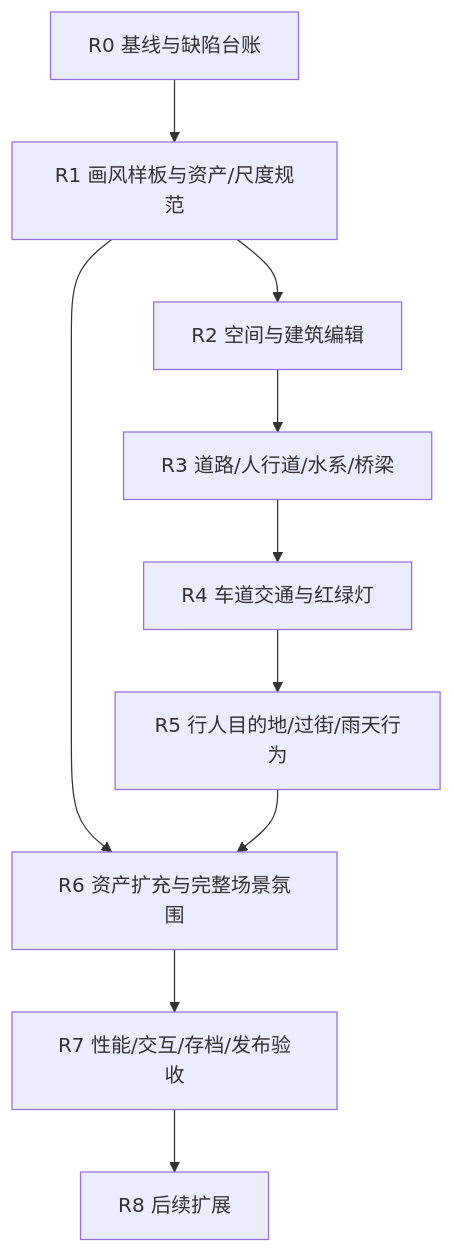
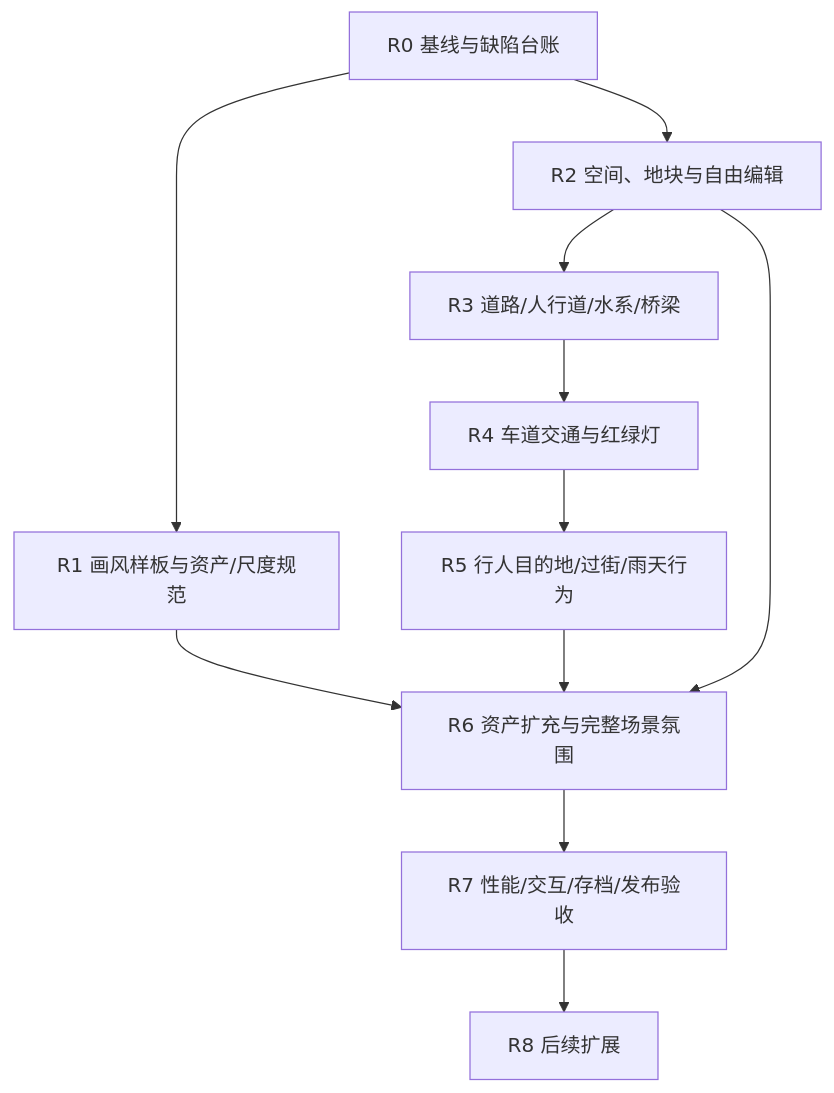
One commit to ExTeMe/Riverlight changed the diagram in docs/DEVELOPMENT_PLAN.md. Above: the diagram before and after it, drawn with Mermaid. The commit also changed other lines of this file and 5 other files, not shown here.

````diff
--- a/docs/DEVELOPMENT_PLAN.md
+++ b/docs/DEVELOPMENT_PLAN.md
@@ -23,12 +23,13 @@
 ```mermaid
 flowchart TD
   A[R0 基线与缺陷台账] --> B[R1 画风样板与资产/尺度规范]
-  B --> C[R2 空间与建筑编辑]
+  A --> C[R2 空间、地块与自由编辑]
   C --> D[R3 道路/人行道/水系/桥梁]
   D --> E[R4 车道交通与红绿灯]
   E --> F[R5 行人目的地/过街/雨天行为]
   B --> G[R6 资产扩充与完整场景氛围]
   F --> G
+  C --> G
   G --> H[R7 性能/交互/存档/发布验收]
   H --> I[R8 后续扩展]
 ```
````
